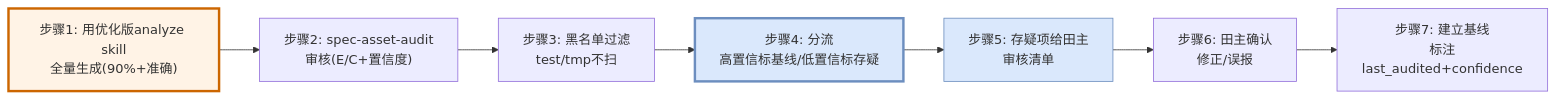
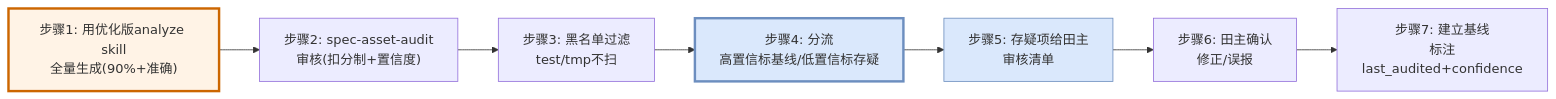
Before and after one commit to hututuxinyu/Memory: the second of 3 diagrams in POC/云核知识资产治理解决方案.md, drawn with Mermaid. The commit also changed other lines of this file, not shown here.

````diff
--- a/POC/云核知识资产治理解决方案.md
+++ b/POC/云核知识资产治理解决方案.md
@@ -409,13 +409,13 @@
 ```mermaid
 flowchart LR
-    S1["步骤1: 用优化版analyze skill<br/>全量生成(90%+准确)"] --> S2["步骤2: spec-asset-audit<br/>审核(E/C+置信度)"]
+    S1["步骤1: 用优化版analyze skill<br/>全量生成(90%+准确)"] --> S2["步骤2: spec-asset-audit<br/>审核(扣分制+置信度)"]
     S2 --> S3["步骤3: 黑名单过滤<br/>test/tmp不扫"]
     S3 --> S4["步骤4: 分流<br/>高置信标基线/低置信标存疑"]
     S4 --> S5["步骤5: 存疑项给田主<br/>审核清单"]
     S5 --> S6["步骤6: 田主确认<br/>修正/误报"]
     S6 --> S7["步骤7: 建立基线<br/>标注last_audited+confidence"]
 
     style S1 fill:#fff3e6,stroke:#cc6600,stroke-width:3px
     style S4 fill:#dae8fc,stroke:#6c8ebf,stroke-width:3px
     style S5 fill:#dae8fc,stroke:#6c8ebf
 ```
````
